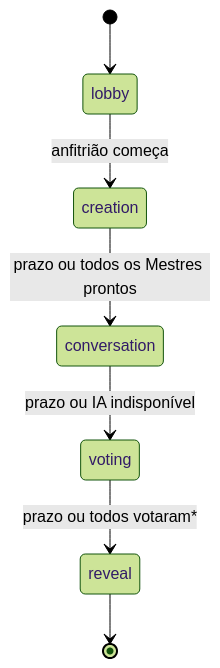
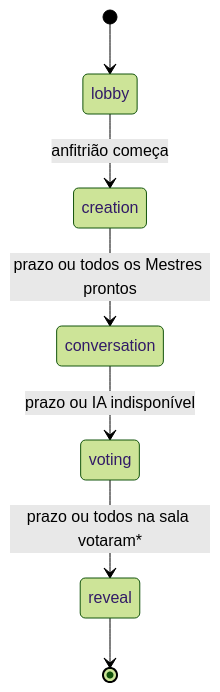
One commit to MatheusCond/quem-e-a-ia changed the fourth of 4 diagrams in docs/ARQUITETURA.md. Above: the diagram before and after it, drawn with Mermaid (forest theme). The commit also changed 6 other files, not shown here.

````diff
--- a/docs/ARQUITETURA.md
+++ b/docs/ARQUITETURA.md
@@ -171,9 +171,9 @@
 ```mermaid
 stateDiagram-v2
   [*] --> lobby
   lobby --> creation: anfitrião começa
   creation --> conversation: prazo ou todos os Mestres prontos
   conversation --> voting: prazo ou IA indisponível
-  voting --> reveal: prazo ou todos votaram*
+  voting --> reveal: prazo ou todos na sala votaram*
   reveal --> [*]
 ```
````
